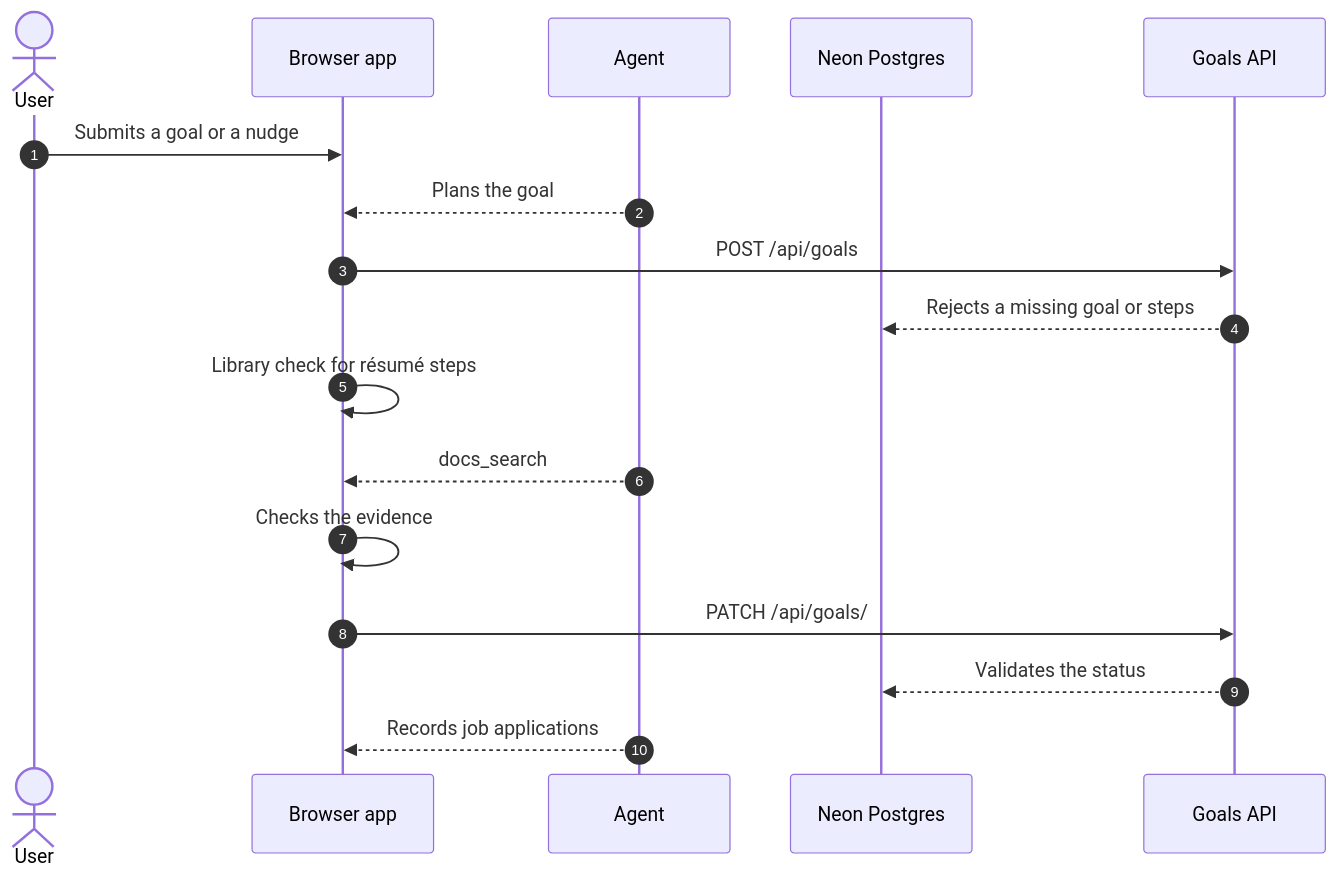
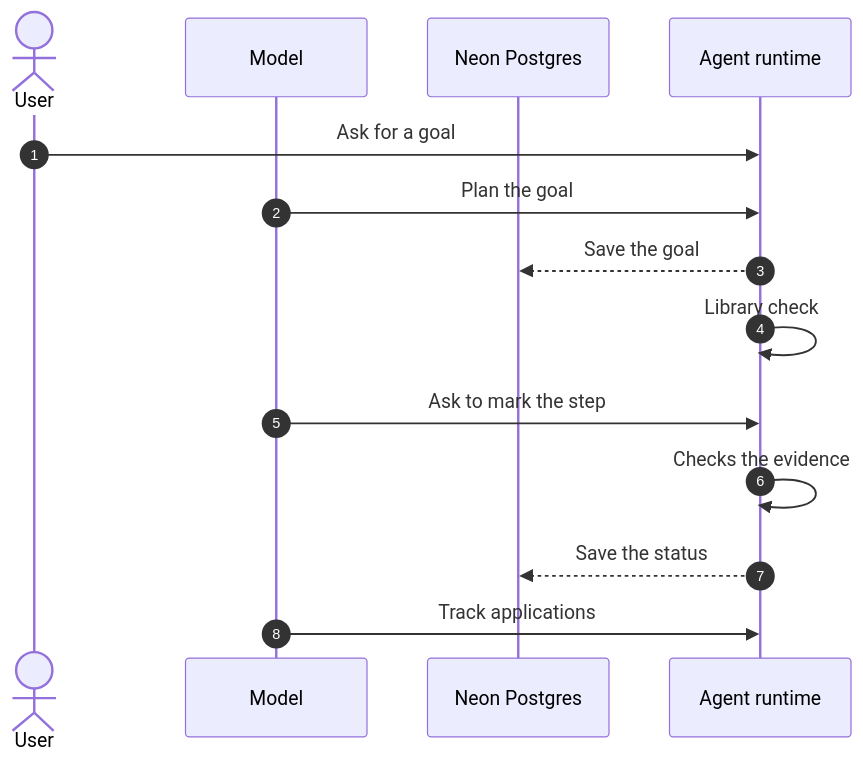
One commit to lngsa1234/mini-muse-mvp changed the diagram in docs/architecture/workflows/goal-step-progress.md. Above: the diagram before and after it, drawn with Mermaid. The commit also changed other lines of this file and 23 other files, not shown here.

First line of the commit message:
Docs: specs, workflows and baseline for the server-side agent

````diff
--- a/docs/architecture/workflows/goal-step-progress.md
+++ b/docs/architecture/workflows/goal-step-progress.md
@@ -15,19 +15,16 @@
 ```mermaid
 sequenceDiagram
   autonumber
   actor user as User
-  participant client as Browser app
-  participant agent as Agent
+  participant agent as Model
   participant data as Neon Postgres
-  participant server as Goals API
-  user->>client: Submits a goal or a nudge
-  agent-->>client: Plans the goal
-  client->>server: POST /api/goals
-  server-->>data: Rejects a missing goal or steps
-  client->>client: Library check for résumé steps
-  agent-->>client: docs_search
-  client->>client: Checks the evidence
-  client->>server: PATCH /api/goals/
-  server-->>data: Validates the status
-  agent-->>client: Records job applications
+  participant server as Agent runtime
+  user->>server: Ask for a goal
+  agent->>server: Plan the goal
+  server-->>data: Save the goal
+  server->>server: Library check
+  agent->>server: Ask to mark the step
+  server->>server: Checks the evidence
+  server-->>data: Save the status
+  agent->>server: Track applications
 ```
````
